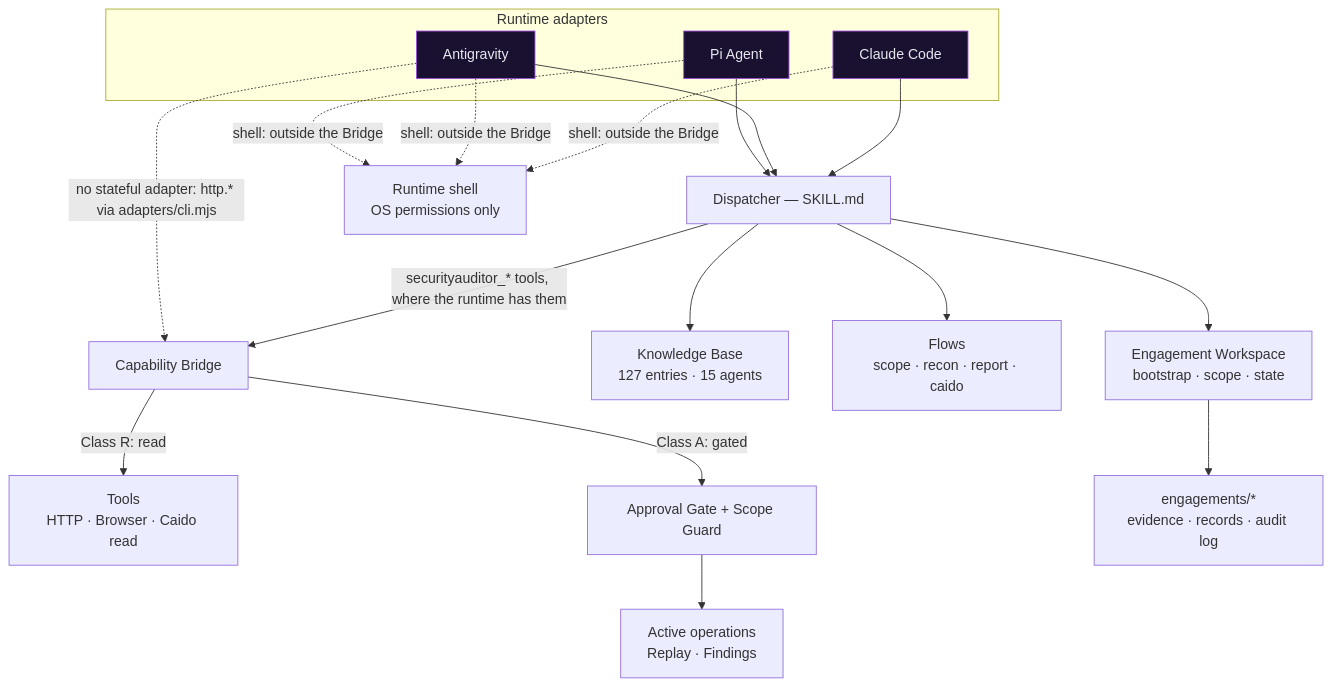
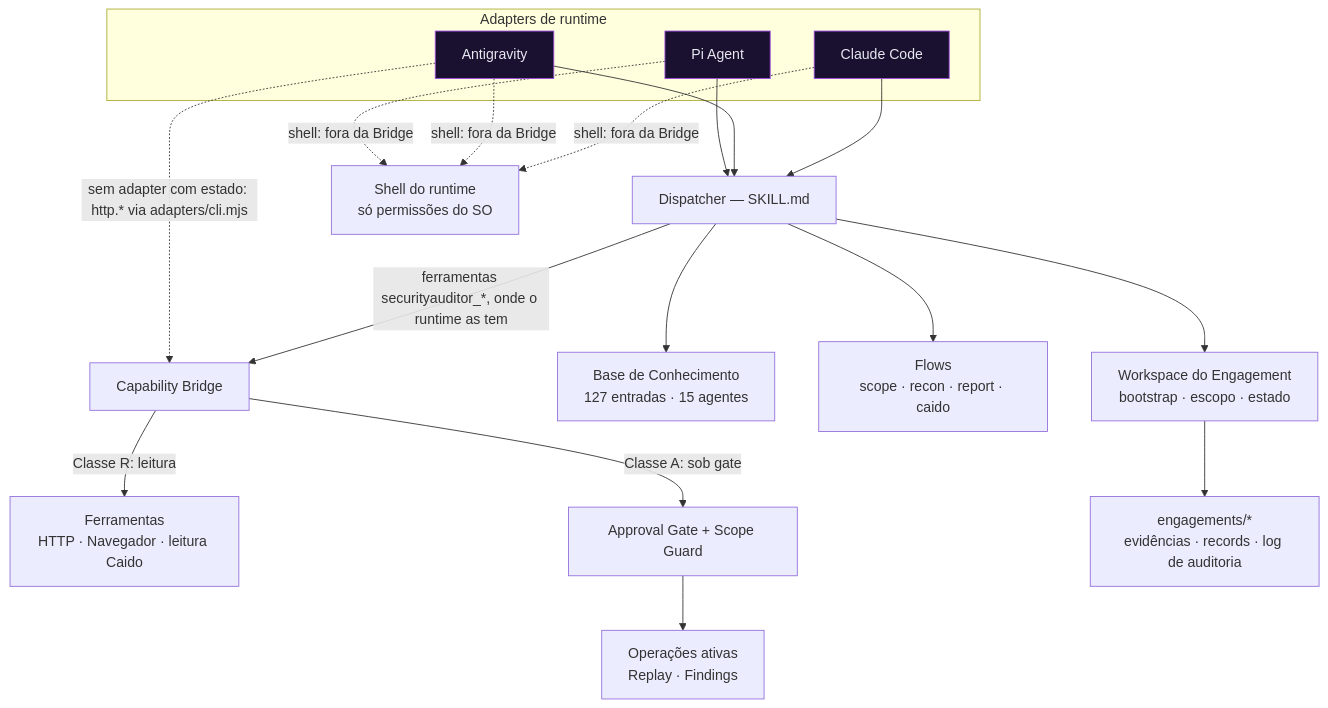
The first of 3 diagrams in README.md (Pettigrul/SYNAPSE), drawn with Mermaid before and after one commit. The commit also changed other lines of this file, not shown here.

````diff
--- a/README.md
+++ b/README.md
@@ -145,20 +145,20 @@
 ```mermaid
 flowchart TB
-  subgraph RT["Runtime adapters"]
+  subgraph RT["Adapters de runtime"]
     PI["Pi Agent"]:::rt
     AG["Antigravity"]:::rt
     CC["Claude Code"]:::rt
   end
   PI & AG & CC --> DISP["Dispatcher — SKILL.md"]
-  PI & AG & CC -.->|shell: outside the Bridge| SHELL["Runtime shell<br/>OS permissions only"]
-  AG -.->|no stateful adapter: http.* via adapters/cli.mjs| BR
-  DISP --> KB["Knowledge Base<br/>127 entries · 15 agents"]
+  PI & AG & CC -.->|shell: fora da Bridge| SHELL["Shell do runtime<br/>só permissões do SO"]
+  AG -.->|sem adapter com estado: http.* via adapters/cli.mjs| BR
+  DISP --> KB["Base de Conhecimento<br/>127 entradas · 15 agentes"]
   DISP --> FLOWS["Flows<br/>scope · recon · report · caido"]
-  DISP --> WS["Engagement Workspace<br/>bootstrap · scope · state"]
-  DISP -->|securityauditor_* tools, where the runtime has them| BR["Capability Bridge"]
-  BR -->|Class R: read| TOOLS["Tools<br/>HTTP · Browser · Caido read"]
-  BR -->|Class A: gated| GATE["Approval Gate + Scope Guard"]
-  GATE --> ACTIVE["Active operations<br/>Replay · Findings"]
-  WS --> STATE["engagements/*<br/>evidence · records · audit log"]
+  DISP --> WS["Workspace do Engagement<br/>bootstrap · escopo · estado"]
+  DISP -->|ferramentas securityauditor_*, onde o runtime as tem| BR["Capability Bridge"]
+  BR -->|Classe R: leitura| TOOLS["Ferramentas<br/>HTTP · Navegador · leitura Caido"]
+  BR -->|Classe A: sob gate| GATE["Approval Gate + Scope Guard"]
+  GATE --> ACTIVE["Operações ativas<br/>Replay · Findings"]
+  WS --> STATE["engagements/*<br/>evidências · records · log de auditoria"]
   classDef rt fill:#1a1030,stroke:#9D4EDD,color:#E7E8F0;
 ```
````
